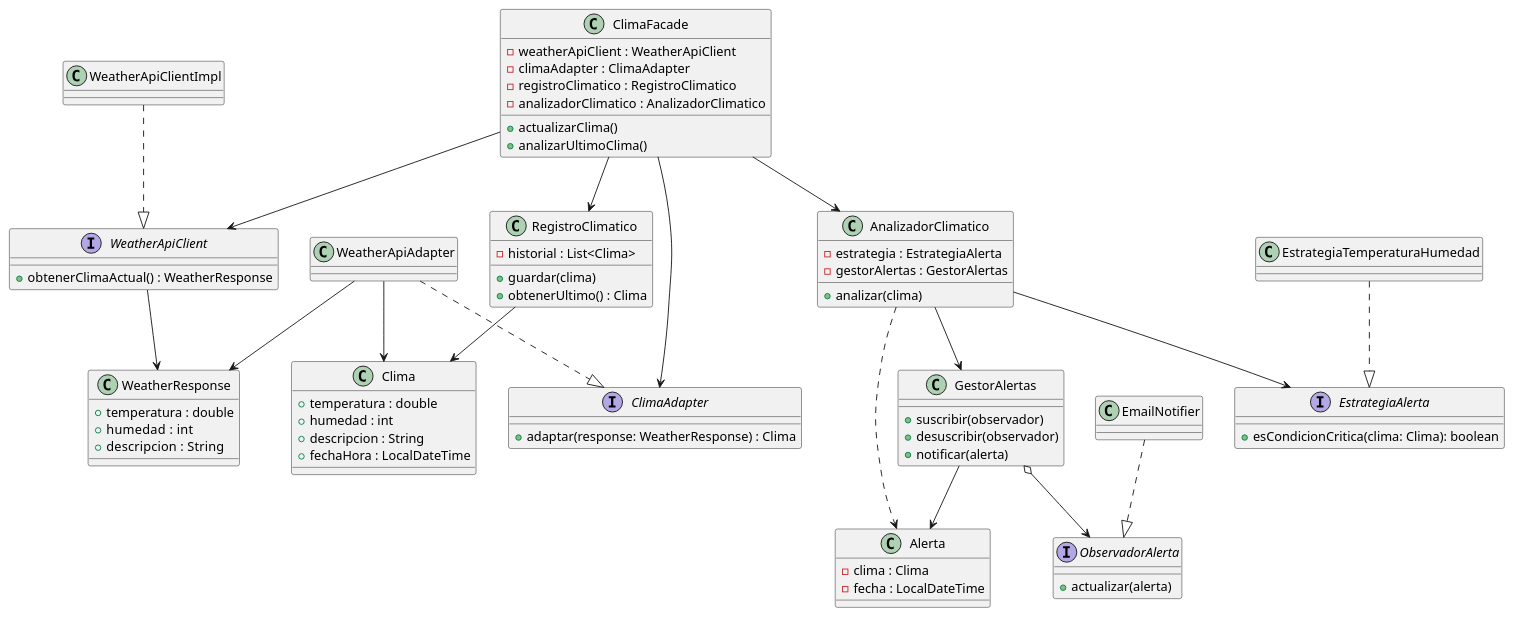
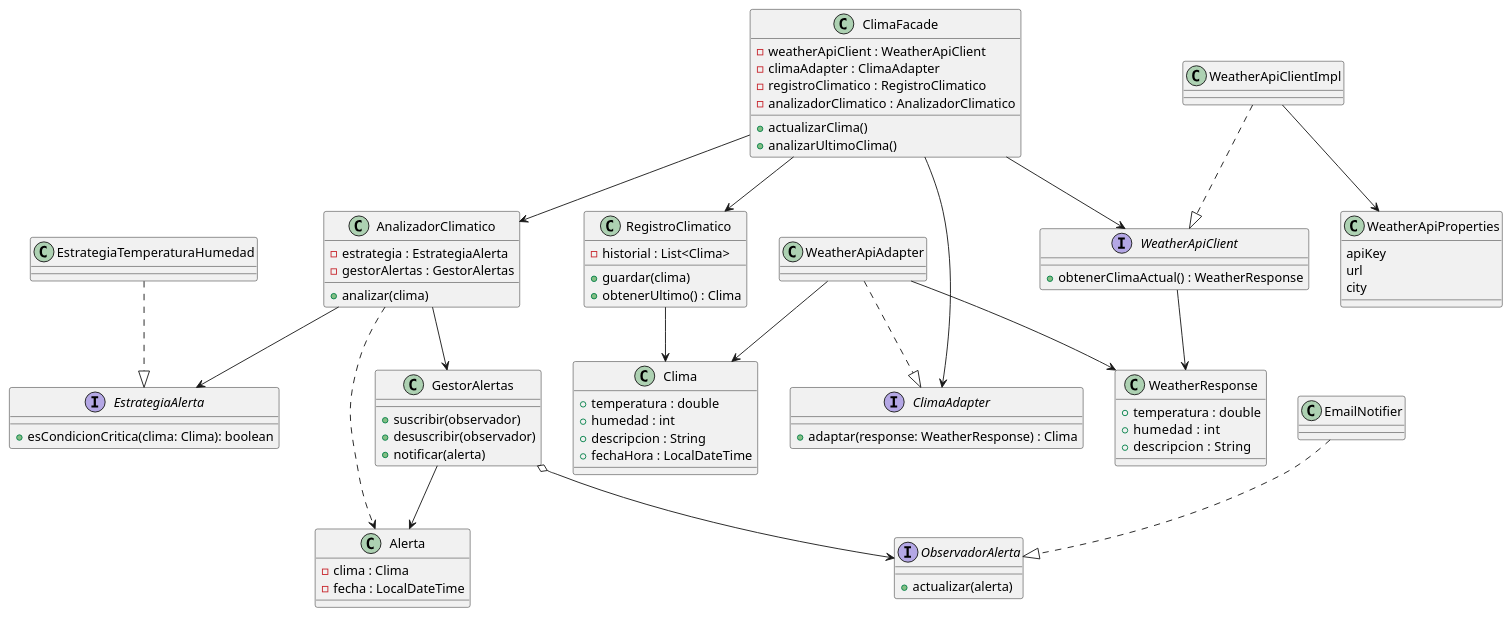
The diagram in DiagramaDeClase.puml (GJorgeFranzosi/Climalert), drawn with PlantUML before and after one commit. The commit also changed 12 other files, not shown here.

Commit message:
Implementado a la api. Falta corregir errores null

```diff
--- a/DiagramaDeClase.puml
+++ b/DiagramaDeClase.puml
@@ -1,127 +1,139 @@
 @startuml
 
 '==== DOMINIO ====
 
 class Clima {
     +temperatura : double
     +humedad : int
     +descripcion : String
     +fechaHora : LocalDateTime
 }
 
 'Una alerta generada que contiene los datos necesarios para notificar
 class Alerta {
     -clima : Clima
     -fecha : LocalDateTime
 }
 
 '==== WEATHER API ====
-'Cliente capaz de consultar un proveedor meteorológico
+'Implementación rest del proveedor WeatherAPI
 
 'Facil cambiar de proovedor
 interface WeatherApiClient {
     +obtenerClimaActual() : WeatherResponse
 }
 
 class WeatherApiClientImpl
 
 WeatherApiClientImpl ..|> WeatherApiClient
 
 'Dto del JSON recibido
 class WeatherResponse {
     +temperatura : double
     +humedad  : int
     +descripcion  : String
 }
 
 '==== SERVICES ====
 'Obtiene un Clima, lo analiza, crea una alerta y avisa al GestorAlertas
 class AnalizadorClimatico {
     -estrategia : EstrategiaAlerta
     -gestorAlertas : GestorAlertas
 
     +analizar(clima)
 }
 
 class RegistroClimatico {
     -historial : List<Clima>
 
     +guardar(clima)
     +obtenerUltimo() : Clima
 }
 
 '==== PATRÓN FACADE ====
 'Adapta el clima obtenido al modelo interno
 
 class ClimaFacade {
     -weatherApiClient : WeatherApiClient
     -climaAdapter : ClimaAdapter
     -registroClimatico : RegistroClimatico
     -analizadorClimatico : AnalizadorClimatico
 
     +actualizarClima()
     +analizarUltimoClima()
 }
 
 '==== PATRÓN ADAPTER ====
 'Convierte un WeatherResponse en un Clima del dominio
 
 interface ClimaAdapter {
     +adaptar(response: WeatherResponse) : Clima
 }
 
 class WeatherApiAdapter
 
 WeatherApiAdapter ..|> ClimaAdapter
 
 '==== PATRÓN STRATEGY ====
 
 interface EstrategiaAlerta {
     +esCondicionCritica(clima: Clima): boolean
 }
 
 class EstrategiaTemperaturaHumedad
 
 EstrategiaTemperaturaHumedad ..|> EstrategiaAlerta
 
 '==== PATRÓN OBSERVER ====
 
 'Representa cualquier componente interesado en enterarse de una alerta
 interface ObservadorAlerta {
     +actualizar(alerta)
 }
 
 'Observador concreto
 class EmailNotifier
 
 EmailNotifier ..|> ObservadorAlerta
 
 'Contiene una lista de observadores para informar
 class GestorAlertas {
     +suscribir(observador)
     +desuscribir(observador)
     +notificar(alerta)
 }
 
+'==== CONFIG ====
+'Quizá no haga falta diagramarlo
+
+class WeatherApiProperties {
+    apiKey
+    url
+    city
+}
+
+WeatherApiClientImpl --> WeatherApiProperties
+
 '==== RELACIONES ====
 
 ClimaFacade --> WeatherApiClient
 ClimaFacade --> ClimaAdapter
 ClimaFacade --> RegistroClimatico
 ClimaFacade --> AnalizadorClimatico
 
 WeatherApiClient --> WeatherResponse
 WeatherApiAdapter --> WeatherResponse
 WeatherApiAdapter --> Clima
+
 
 RegistroClimatico --> Clima
 
 AnalizadorClimatico --> EstrategiaAlerta
 AnalizadorClimatico --> GestorAlertas
 'Crea
 AnalizadorClimatico ..> Alerta
 
 GestorAlertas o--> ObservadorAlerta
 GestorAlertas --> Alerta
 
 @enduml
```
